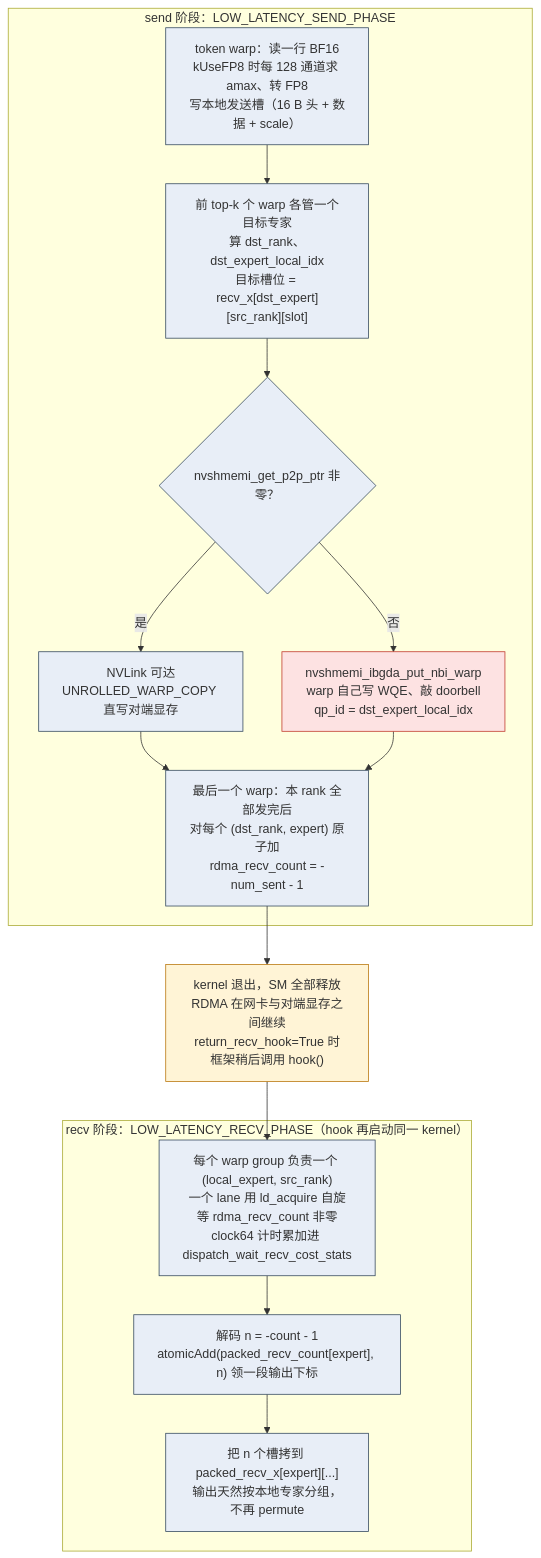
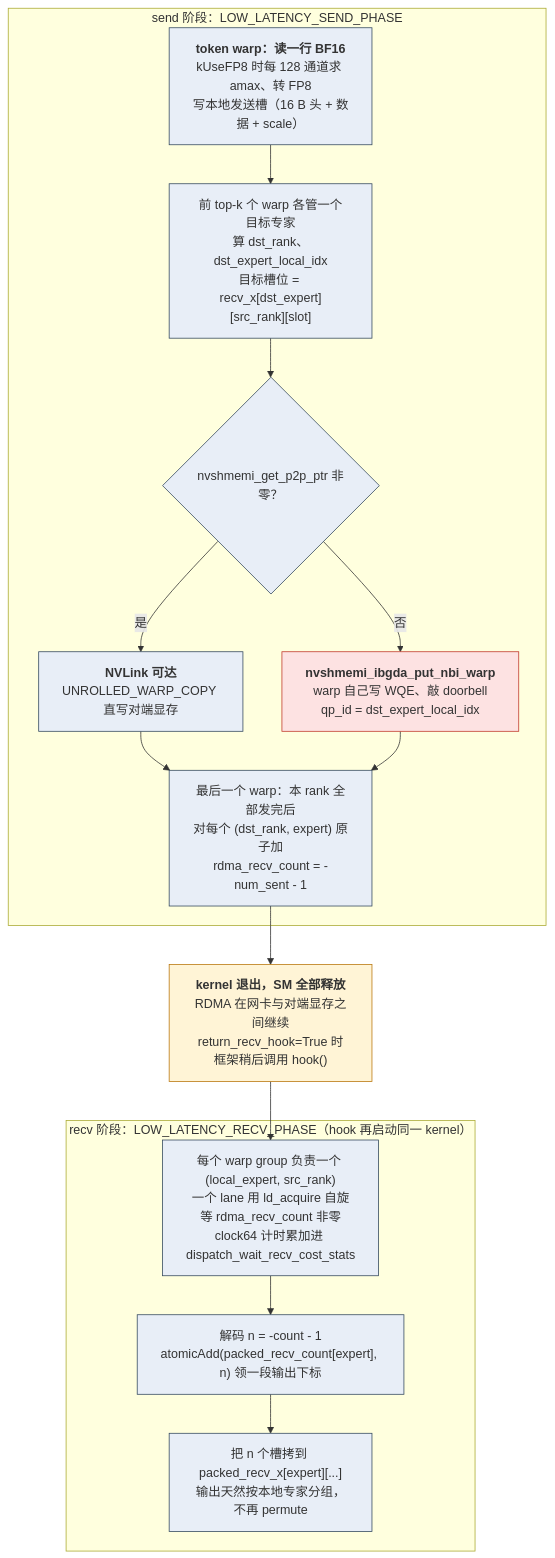
The fourth of 5 diagrams in _posts/2026-06-27-moe-communication-all-to-all-deepep-and-gpu-initiated.md (arganzheng/arganzheng.github.com), drawn with Mermaid before and after one commit. The commit also changed other lines of this file and 6 other files, not shown here.

First line of the commit message:
通信与互联：从 NCCL 到 RDMA：Mermaid 多行方框的首行标为标题（7 篇）

````diff
--- a/_posts/2026-06-27-moe-communication-all-to-all-deepep-and-gpu-initiated.md
+++ b/_posts/2026-06-27-moe-communication-all-to-all-deepep-and-gpu-initiated.md
@@ -468,29 +468,29 @@
 ```mermaid
 %% 图：一次 LL dispatch 的数据流：token warp 写发送槽，NVLink 可达则直写对端显存，否则 IBGDA 发 RDMA，最后原子加计数
 flowchart TB
     subgraph send["send 阶段：LOW_LATENCY_SEND_PHASE"]
-        A["token warp：读一行 BF16<br/>kUseFP8 时每 128 通道求 amax、转 FP8<br/>写本地发送槽（16 B 头 + 数据 + scale）"]
+        A["<b>token warp：读一行 BF16</b><br/>kUseFP8 时每 128 通道求 amax、转 FP8<br/>写本地发送槽（16 B 头 + 数据 + scale）"]
         B["前 top-k 个 warp 各管一个目标专家<br/>算 dst_rank、dst_expert_local_idx<br/>目标槽位 = recv_x#91;dst_expert#93;#91;src_rank#93;#91;slot#93;"]
         C{"nvshmemi_get_p2p_ptr 非零？"}
-        D["NVLink 可达<br/>UNROLLED_WARP_COPY 直写对端显存"]
-        E["nvshmemi_ibgda_put_nbi_warp<br/>warp 自己写 WQE、敲 doorbell<br/>qp_id = dst_expert_local_idx"]
+        D["<b>NVLink 可达</b><br/>UNROLLED_WARP_COPY 直写对端显存"]
+        E["<b>nvshmemi_ibgda_put_nbi_warp</b><br/>warp 自己写 WQE、敲 doorbell<br/>qp_id = dst_expert_local_idx"]
         F["最后一个 warp：本 rank 全部发完后<br/>对每个 (dst_rank, expert) 原子加<br/>rdma_recv_count = -num_sent - 1"]
         A --> B --> C
         C -- "是" --> D --> F
         C -- "否" --> E --> F
     end
-    G["kernel 退出，SM 全部释放<br/>RDMA 在网卡与对端显存之间继续<br/>return_recv_hook=True 时框架稍后调用 hook()"]
+    G["<b>kernel 退出，SM 全部释放</b><br/>RDMA 在网卡与对端显存之间继续<br/>return_recv_hook=True 时框架稍后调用 hook()"]
     subgraph recv["recv 阶段：LOW_LATENCY_RECV_PHASE（hook 再启动同一 kernel）"]
         H["每个 warp group 负责一个 (local_expert, src_rank)<br/>一个 lane 用 ld_acquire 自旋等 rdma_recv_count 非零<br/>clock64 计时累加进 dispatch_wait_recv_cost_stats"]
         I["解码 n = -count - 1<br/>atomicAdd(packed_recv_count#91;expert#93;, n) 领一段输出下标"]
         J["把 n 个槽拷到 packed_recv_x#91;expert#93;#91;...#93;<br/>输出天然按本地专家分组，不再 permute"]
         H --> I --> J
     end
     F --> G --> H
     classDef phase fill:#e8eef7,stroke:#34495e;
     classDef net fill:#fde2e2,stroke:#c0392b;
     classDef idle fill:#fff4d6,stroke:#b9770e;
     class A,B,C,D,F,H,I,J phase;
     class E net;
     class G idle;
 ```
````
